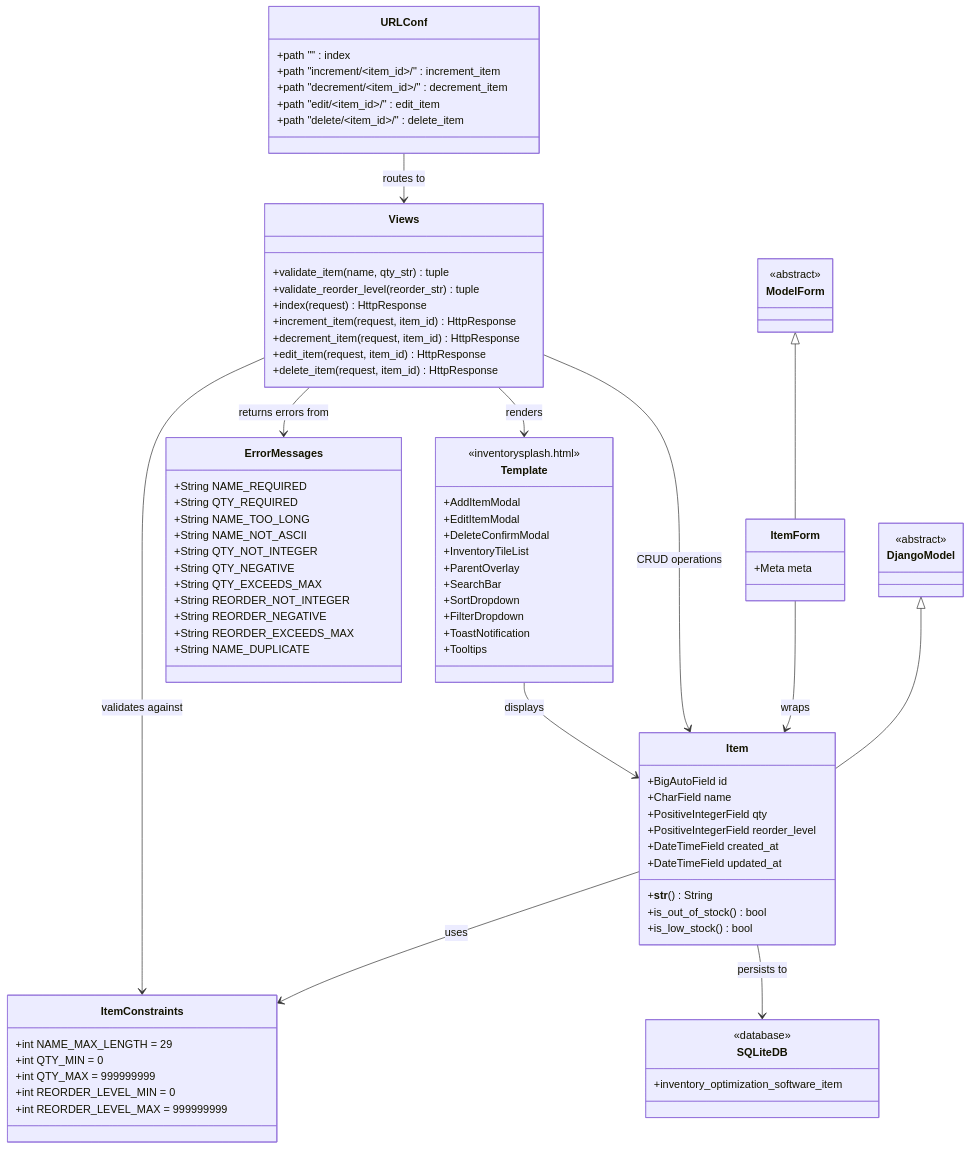
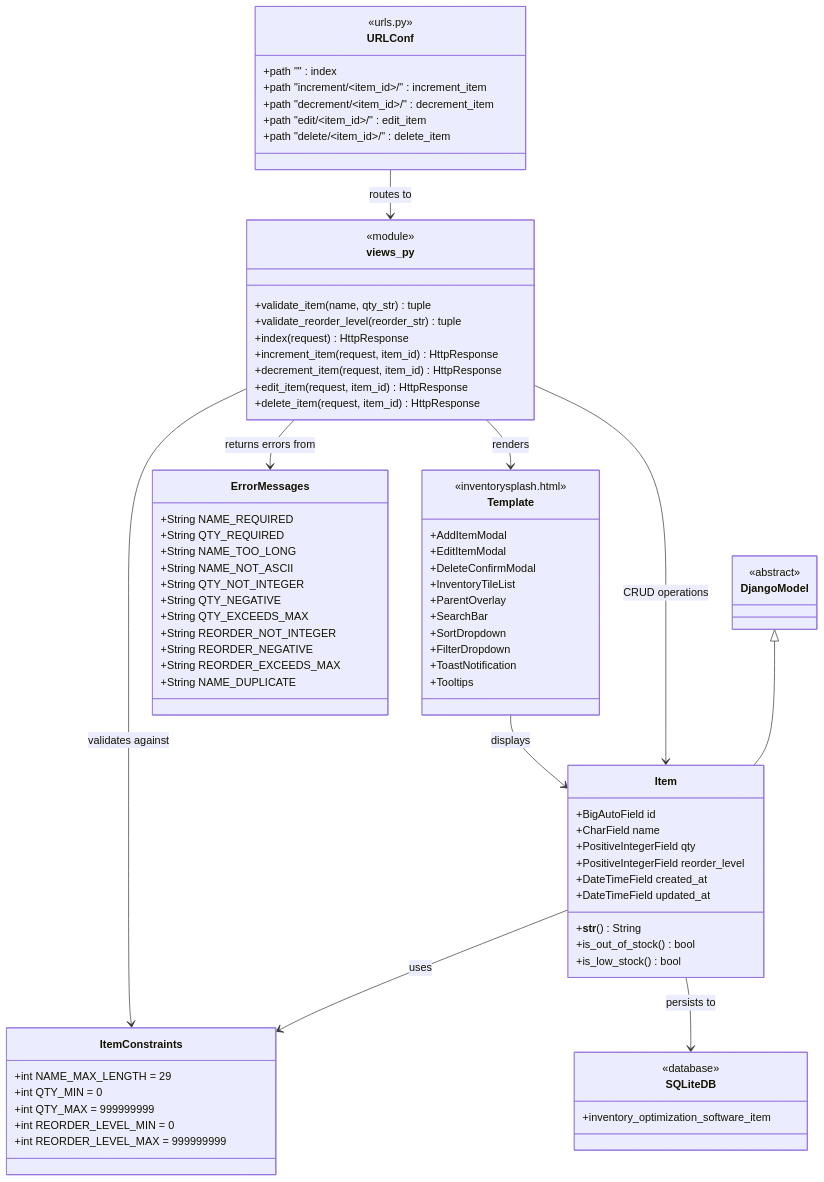
One commit to jmtoniolo/w26-se-project changed the third of 4 diagrams in diagrams/class-diagrams.md. Above: the diagram before and after it, drawn with Mermaid. The commit also changed other lines of this file and 1 other file, not shown here.

Commit message:
Fix diagram and cleanup code

````diff
--- a/diagrams/class-diagrams.md
+++ b/diagrams/class-diagrams.md
@@ -127,10 +109,6 @@
     direction TB
 
     class DjangoModel {
-        <<abstract>>
-    }
-
-    class ModelForm {
         <<abstract>>
     }
 
@@ -168,11 +146,8 @@
         +String NAME_DUPLICATE
     }
 
-    class ItemForm {
-        +Meta meta
-    }
-
-    class Views {
+    class views_py {
+        <<module>>
         +validate_item(name, qty_str) tuple
         +validate_reorder_level(reorder_str) tuple
         +index(request) HttpResponse
@@ -183,6 +158,7 @@
     }
 
     class URLConf {
+        <<urls.py>>
         +path "" : index
         +path "increment/~item_id~/" : increment_item
         +path "decrement/~item_id~/" : decrement_item
@@ -210,14 +186,12 @@
     }
 
     DjangoModel <|-- Item
-    ModelForm <|-- ItemForm
     Item --> ItemConstraints : uses
-    ItemForm --> Item : wraps
-    Views --> Item : CRUD operations
-    Views --> ItemConstraints : validates against
-    Views --> ErrorMessages : returns errors from
-    Views --> Template : renders
-    URLConf --> Views : routes to
+    views_py --> Item : CRUD operations
+    views_py --> ItemConstraints : validates against
+    views_py --> ErrorMessages : returns errors from
+    views_py --> Template : renders
+    URLConf --> views_py : routes to
     Template --> Item : displays
     Item --> SQLiteDB : persists to
 ```
````
